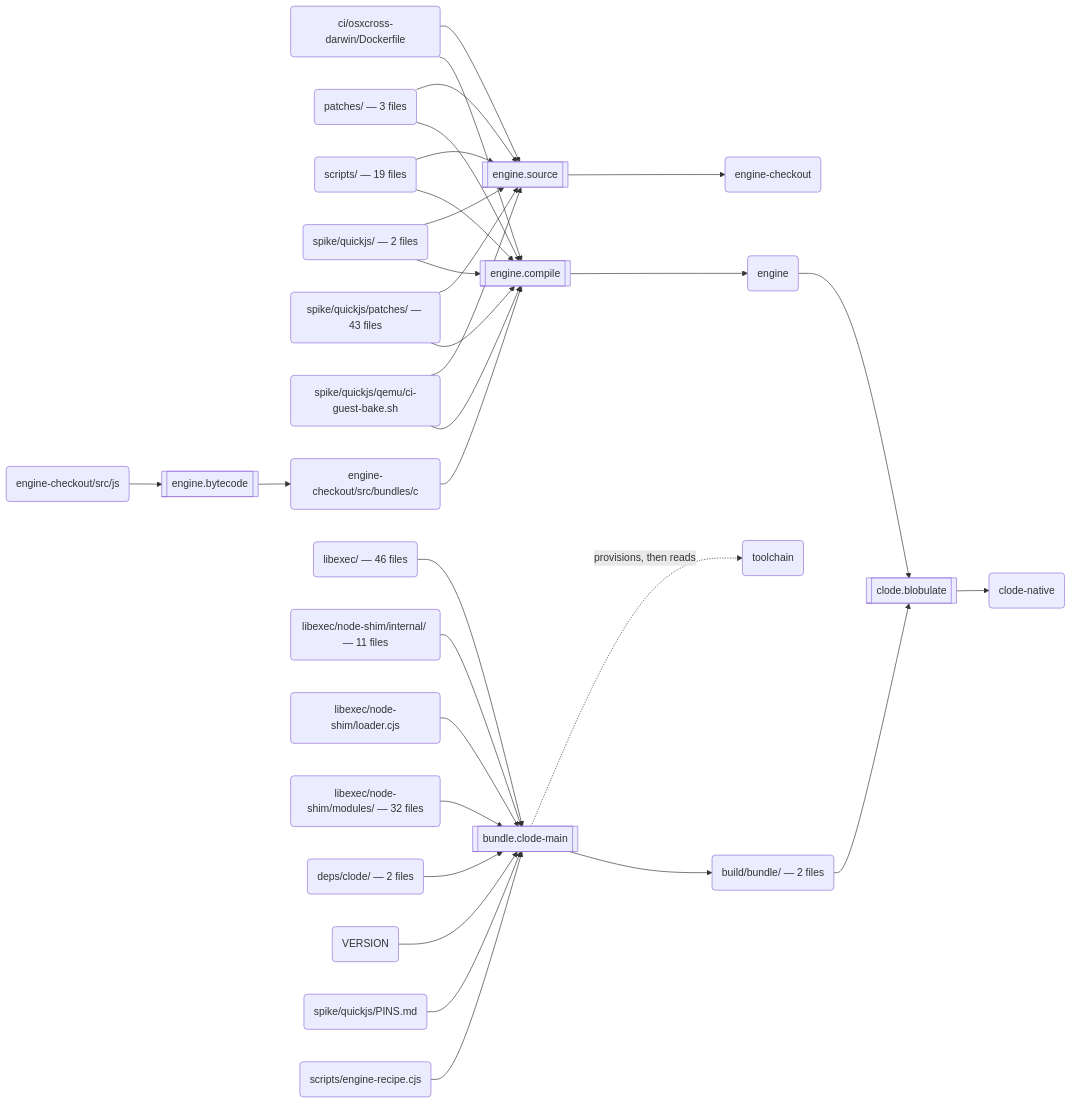
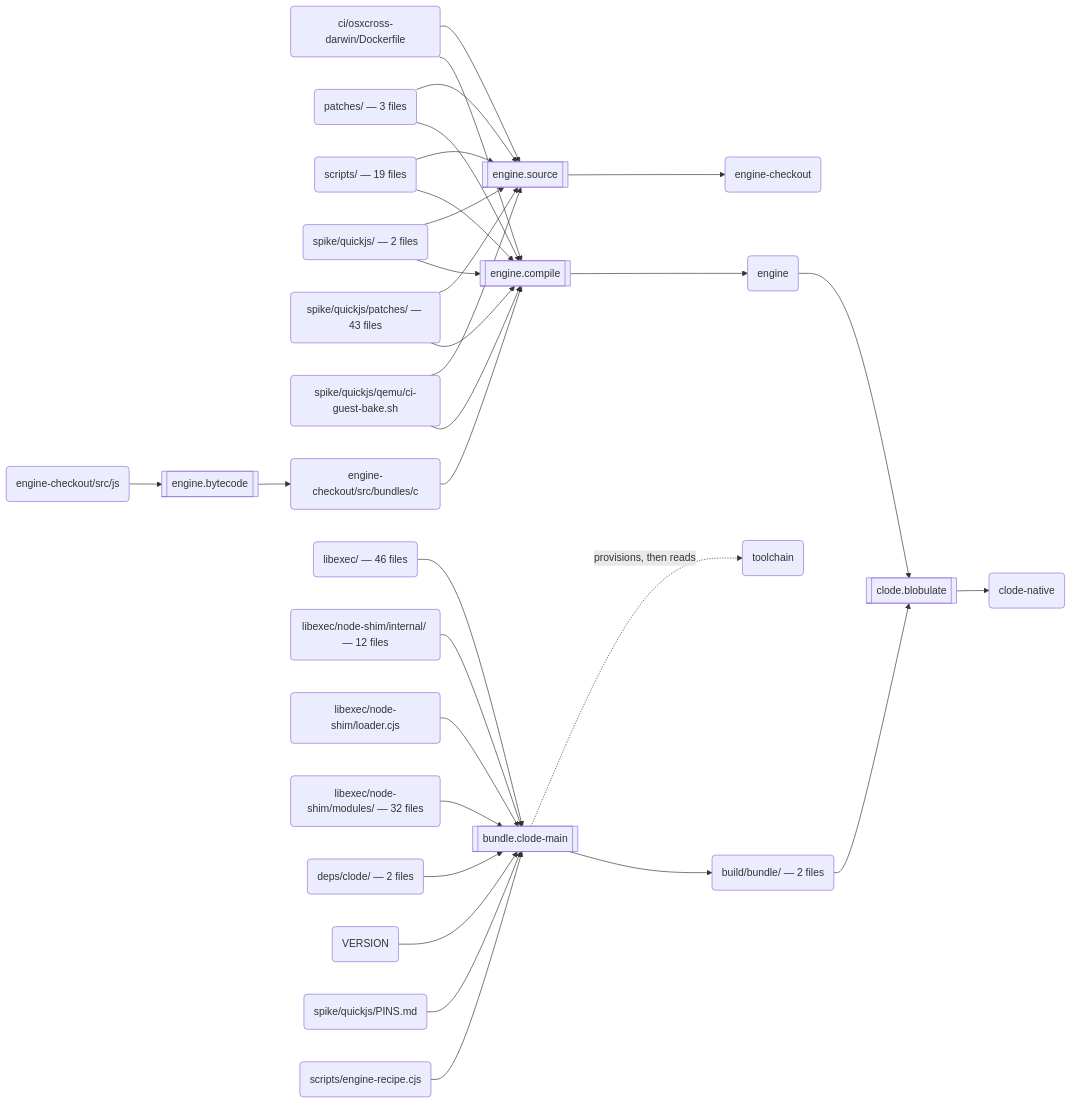
Before and after one commit to schmonz/clode: the second of 3 diagrams in docs/build.md, drawn with Mermaid. The commit also changed 26 other files, not shown here.

````diff
--- a/docs/build.md
+++ b/docs/build.md
@@ -123,59 +123,59 @@
 ```mermaid
 flowchart LR
   s0[["engine.source"]]
   a0("ci/osxcross-darwin/Dockerfile")
   a1("patches/ — 3 files")
   a2("scripts/ — 19 files")
   a3("spike/quickjs/ — 2 files")
   a4("spike/quickjs/patches/ — 43 files")
   a5("spike/quickjs/qemu/ci-guest-bake.sh")
   a6("engine-checkout")
   s1[["engine.bytecode"]]
   a7("engine-checkout/src/js")
   a8("engine-checkout/src/bundles/c")
   s2[["engine.compile"]]
   a9("engine")
   s3[["bundle.clode-main"]]
   a10("libexec/ — 46 files")
-  a11("libexec/node-shim/internal/ — 11 files")
+  a11("libexec/node-shim/internal/ — 12 files")
   a12("libexec/node-shim/loader.cjs")
   a13("libexec/node-shim/modules/ — 32 files")
   a14("deps/clode/ — 2 files")
   a15("VERSION")
   a16("spike/quickjs/PINS.md")
   a17("scripts/engine-recipe.cjs")
   a18("toolchain")
   a19("build/bundle/ — 2 files")
   s4[["clode.blobulate"]]
   a20("clode-native")
   a0 --> s0
   a1 --> s0
   a2 --> s0
   a3 --> s0
   a4 --> s0
   a5 --> s0
   s0 --> a6
   a7 --> s1
   s1 --> a8
   a8 --> s2
   a0 --> s2
   a1 --> s2
   a2 --> s2
   a3 --> s2
   a4 --> s2
   a5 --> s2
   s2 --> a9
   a10 --> s3
   a11 --> s3
   a12 --> s3
   a13 --> s3
   a14 --> s3
   a15 --> s3
   a16 --> s3
   a17 --> s3
   s3 -.->|"provisions, then reads"| a18
   s3 --> a19
   a9 --> s4
   a19 --> s4
   s4 --> a20
 ```
````
